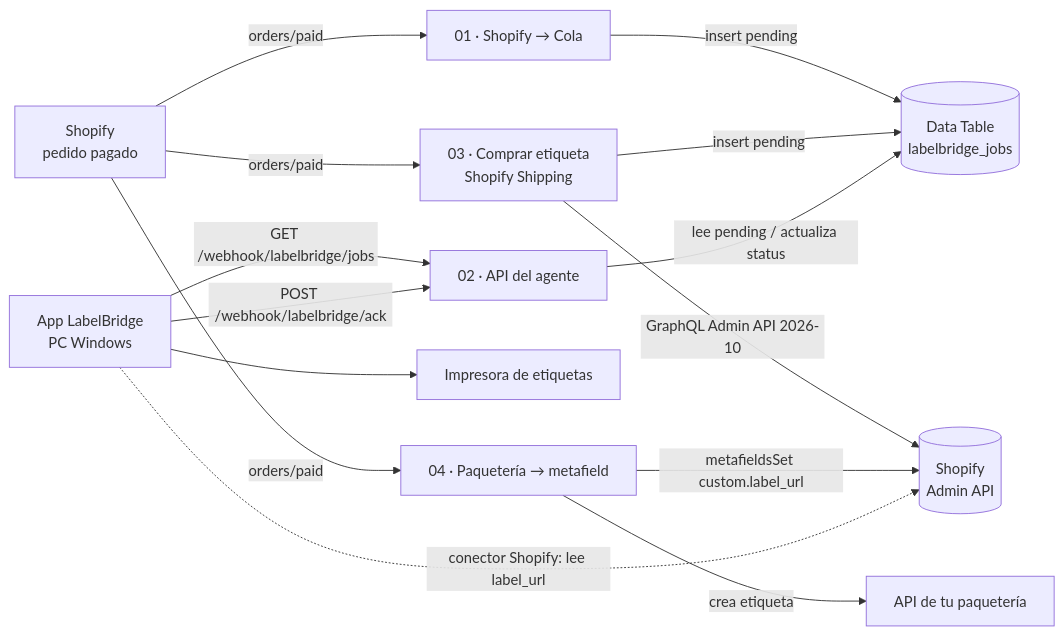
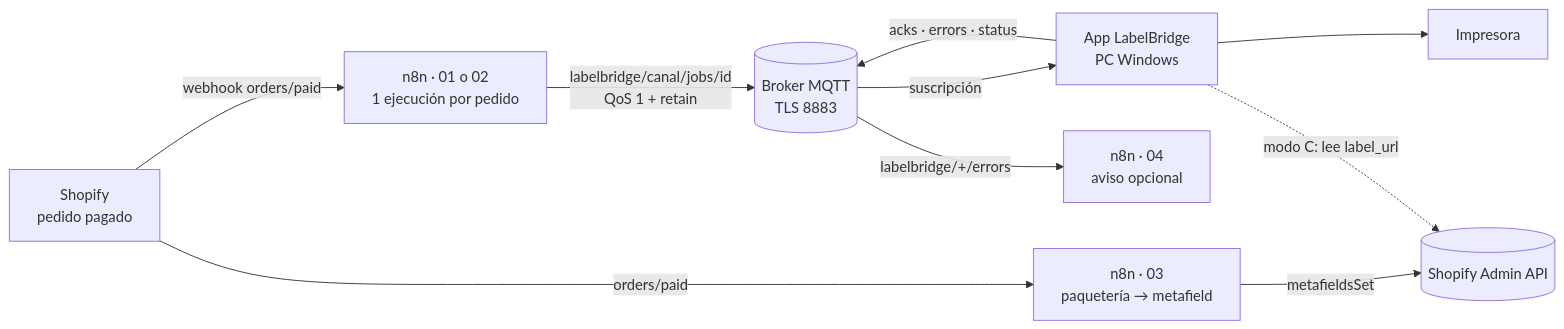
Before and after one commit to morghullis/labelbridge: the first of 2 diagrams in n8n/README.md, drawn with Mermaid. The commit also changed other lines of this file and 3 other files, not shown here.

````diff
--- a/n8n/README.md
+++ b/n8n/README.md
@@ -31,16 +29,12 @@
 ```mermaid
 flowchart LR
-    SH["Shopify<br/>pedido pagado"] -->|"orders/paid"| W1["01 · Shopify → Cola"]
-    SH -->|"orders/paid"| W3["03 · Comprar etiqueta<br/>Shopify Shipping"]
-    W3 -->|"GraphQL Admin API 2026-10"| SA[("Shopify<br/>Admin API")]
-    W1 -->|"insert pending"| DT[("Data Table<br/>labelbridge_jobs")]
-    W3 -->|"insert pending"| DT
-    APP["App LabelBridge<br/>PC Windows"] -->|"GET /webhook/labelbridge/jobs"| W2["02 · API del agente"]
-    APP -->|"POST /webhook/labelbridge/ack"| W2
-    W2 -->|"lee pending / actualiza status"| DT
-    APP --> PR["Impresora de etiquetas"]
-    SH -->|"orders/paid"| W4["04 · Paquetería → metafield"]
-    W4 -->|"crea etiqueta"| CA["API de tu paquetería"]
-    W4 -->|"metafieldsSet custom.label_url"| SA
-    APP -.->|"conector Shopify: lee label_url"| SA
+    SH["Shopify<br/>pedido pagado"] -->|"webhook orders/paid"| N1["n8n · 01 o 02<br/>1 ejecución por pedido"]
+    N1 -->|"labelbridge/canal/jobs/id<br/>QoS 1 + retain"| BR[("Broker MQTT<br/>TLS 8883")]
+    BR -->|"suscripción"| APP["App LabelBridge<br/>PC Windows"]
+    APP --> PR["Impresora"]
+    APP -->|"acks · errors · status"| BR
+    BR -->|"labelbridge/+/errors"| N4["n8n · 04<br/>aviso opcional"]
+    SH -->|"orders/paid"| N3["n8n · 03<br/>paquetería → metafield"]
+    N3 -->|"metafieldsSet"| SA[("Shopify Admin API")]
+    APP -.->|"modo C: lee label_url"| SA
 ```
````
